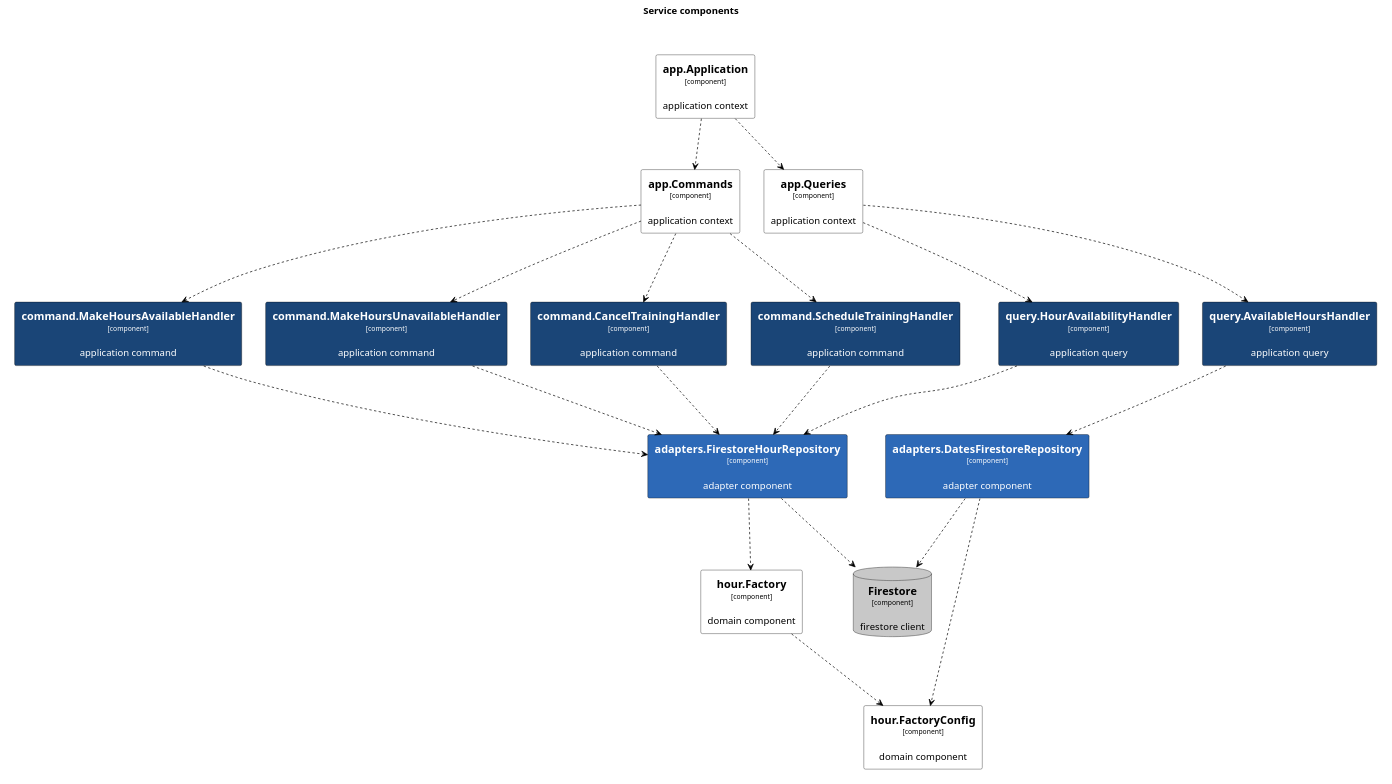
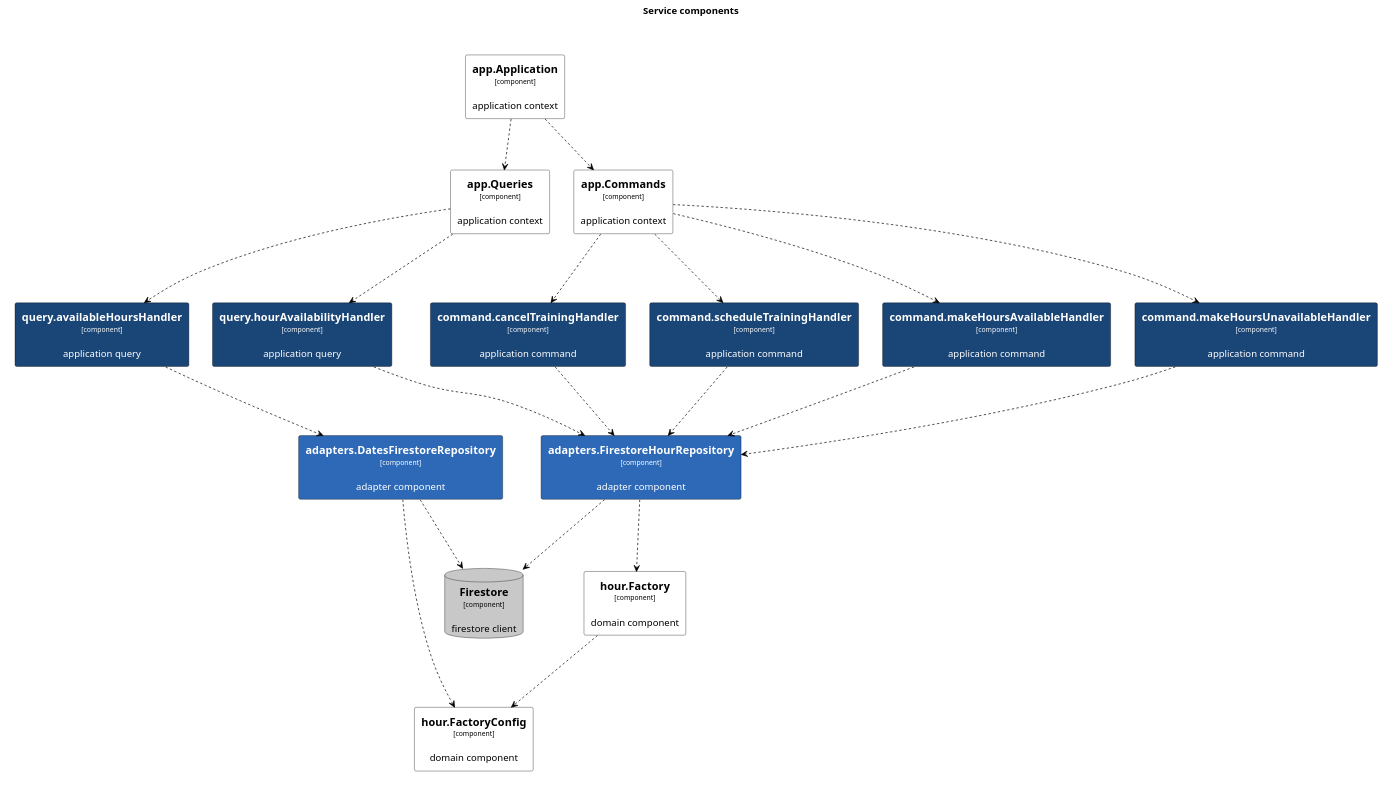
One commit to ThreeDotsLabs/wild-workouts-go-ddd-example changed the diagram in tools/c4/out/view-trainer.plantuml. Above: the diagram before and after it, drawn with PlantUML. The commit also changed 49 other files, not shown here.

```diff
--- a/tools/c4/out/view-trainer.plantuml
+++ b/tools/c4/out/view-trainer.plantuml
@@ -4,113 +4,113 @@
 @startuml
 
 title Service components
 
 skinparam {
   shadowing false
   arrowFontSize 10
   defaultTextAlignment center
   wrapWidth 200
   maxMessageSize 100
 }
 hide stereotype
 top to bottom direction
 
 scale 4096 width
 
 skinparam rectangle<<_GROUP>> {
   FontColor #ffffff
   BorderColor #ffffff
 }
 
-skinparam rectangle<<DOMAIN>> {
-  BackgroundColor #ffffff
-  FontColor #000000
-  BorderColor #000000
-}
-
-skinparam database<<DB>> {
-  BackgroundColor #c8c8c8
-  FontColor #000000
-  BorderColor #000000
-}
-
 skinparam rectangle<<ROOT>> {
   BackgroundColor #ffffff
   FontColor #000000
   BorderColor #000000
 }
 
 skinparam rectangle<<APP>> {
   BackgroundColor #1a4577
   FontColor #ffffff
   BorderColor #000000
 }
 
 skinparam rectangle<<ADAPTER>> {
   BackgroundColor #2d69b7
   FontColor #ffffff
   BorderColor #000000
 }
 
+skinparam rectangle<<DOMAIN>> {
+  BackgroundColor #ffffff
+  FontColor #000000
+  BorderColor #000000
+}
+
+skinparam database<<DB>> {
+  BackgroundColor #c8c8c8
+  FontColor #000000
+  BorderColor #000000
+}
+
+rectangle 0ROOT <<_GROUP>> {
+	rectangle "==app.Queries\n<size:10>[component]</size>\n\napplication context" <<ROOT>> as 441257907
+}
 rectangle 0ROOT <<_GROUP>> {
 	rectangle "==app.Application\n<size:10>[component]</size>\n\napplication context" <<ROOT>> as 2102746645
 }
 rectangle 0ROOT <<_GROUP>> {
 	rectangle "==app.Commands\n<size:10>[component]</size>\n\napplication context" <<ROOT>> as 1118686339
 }
-rectangle 0ROOT <<_GROUP>> {
-	rectangle "==app.Queries\n<size:10>[component]</size>\n\napplication context" <<ROOT>> as 441257907
+rectangle 4412579071APP <<_GROUP>> {
+	rectangle "==query.hourAvailabilityHandler\n<size:10>[component]</size>\n\napplication query" <<APP>> as 1891850063
 }
+441257907 .[#000000].> 1891850063 : ""
+rectangle 4412579071APP <<_GROUP>> {
+	rectangle "==query.availableHoursHandler\n<size:10>[component]</size>\n\napplication query" <<APP>> as 3449073738
+}
+441257907 .[#000000].> 3449073738 : ""
 2102746645 .[#000000].> 1118686339 : ""
 2102746645 .[#000000].> 441257907 : ""
 rectangle 11186863391APP <<_GROUP>> {
-	rectangle "==command.CancelTrainingHandler\n<size:10>[component]</size>\n\napplication command" <<APP>> as 1938493317
+	rectangle "==command.makeHoursAvailableHandler\n<size:10>[component]</size>\n\napplication command" <<APP>> as 2933387601
 }
-1118686339 .[#000000].> 1938493317 : ""
+1118686339 .[#000000].> 2933387601 : ""
 rectangle 11186863391APP <<_GROUP>> {
-	rectangle "==command.ScheduleTrainingHandler\n<size:10>[component]</size>\n\napplication command" <<APP>> as 644318352
+	rectangle "==command.makeHoursUnavailableHandler\n<size:10>[component]</size>\n\napplication command" <<APP>> as 1547894406
 }
-1118686339 .[#000000].> 644318352 : ""
+1118686339 .[#000000].> 1547894406 : ""
 rectangle 11186863391APP <<_GROUP>> {
-	rectangle "==command.MakeHoursAvailableHandler\n<size:10>[component]</size>\n\napplication command" <<APP>> as 2676216945
+	rectangle "==command.cancelTrainingHandler\n<size:10>[component]</size>\n\napplication command" <<APP>> as 3383093669
 }
-1118686339 .[#000000].> 2676216945 : ""
+1118686339 .[#000000].> 3383093669 : ""
 rectangle 11186863391APP <<_GROUP>> {
-	rectangle "==command.MakeHoursUnavailableHandler\n<size:10>[component]</size>\n\napplication command" <<APP>> as 3319250726
+	rectangle "==command.scheduleTrainingHandler\n<size:10>[component]</size>\n\napplication command" <<APP>> as 2856708272
 }
-1118686339 .[#000000].> 3319250726 : ""
-rectangle 4412579071APP <<_GROUP>> {
-	rectangle "==query.HourAvailabilityHandler\n<size:10>[component]</size>\n\napplication query" <<APP>> as 2484812079
-}
-441257907 .[#000000].> 2484812079 : ""
-rectangle 4412579071APP <<_GROUP>> {
-	rectangle "==query.AvailableHoursHandler\n<size:10>[component]</size>\n\napplication query" <<APP>> as 1971034922
-}
-441257907 .[#000000].> 1971034922 : ""
-rectangle 6443183522ADAPTER <<_GROUP>> {
+1118686339 .[#000000].> 2856708272 : ""
+rectangle 33830936692ADAPTER <<_GROUP>> {
 	rectangle "==adapters.FirestoreHourRepository\n<size:10>[component]</size>\n\nadapter component" <<ADAPTER>> as 3637611987
 }
-644318352 .[#000000].> 3637611987 : ""
-2676216945 .[#000000].> 3637611987 : ""
-3319250726 .[#000000].> 3637611987 : ""
-2484812079 .[#000000].> 3637611987 : ""
-rectangle 19710349222ADAPTER <<_GROUP>> {
+3383093669 .[#000000].> 3637611987 : ""
+2856708272 .[#000000].> 3637611987 : ""
+2933387601 .[#000000].> 3637611987 : ""
+rectangle 34490737382ADAPTER <<_GROUP>> {
 	rectangle "==adapters.DatesFirestoreRepository\n<size:10>[component]</size>\n\nadapter component" <<ADAPTER>> as 2388943490
 }
-1971034922 .[#000000].> 2388943490 : ""
-1938493317 .[#000000].> 3637611987 : ""
-rectangle 36376119873DB <<_GROUP>> {
+3449073738 .[#000000].> 2388943490 : ""
+1547894406 .[#000000].> 3637611987 : ""
+1891850063 .[#000000].> 3637611987 : ""
+rectangle 23889434903DB <<_GROUP>> {
 	database "==Firestore\n<size:10>[component]</size>\n\nfirestore client" <<DB>> as 650530190
 }
+2388943490 .[#000000].> 650530190 : ""
+rectangle 23889434903DOMAIN <<_GROUP>> {
+	rectangle "==hour.FactoryConfig\n<size:10>[component]</size>\n\ndomain component" <<DOMAIN>> as 415674051
+}
+2388943490 .[#000000].> 415674051 : ""
 3637611987 .[#000000].> 650530190 : ""
 rectangle 36376119873DOMAIN <<_GROUP>> {
 	rectangle "==hour.Factory\n<size:10>[component]</size>\n\ndomain component" <<DOMAIN>> as 2036754401
 }
 3637611987 .[#000000].> 2036754401 : ""
-2388943490 .[#000000].> 650530190 : ""
-rectangle 23889434903DOMAIN <<_GROUP>> {
-	rectangle "==hour.FactoryConfig\n<size:10>[component]</size>\n\ndomain component" <<DOMAIN>> as 415674051
-}
-2388943490 .[#000000].> 415674051 : ""
 2036754401 .[#000000].> 415674051 : ""
 @enduml
```
